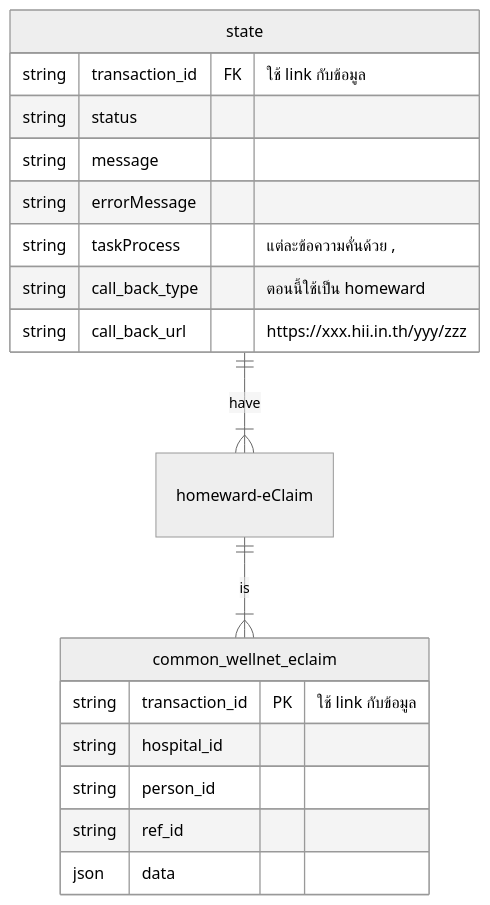
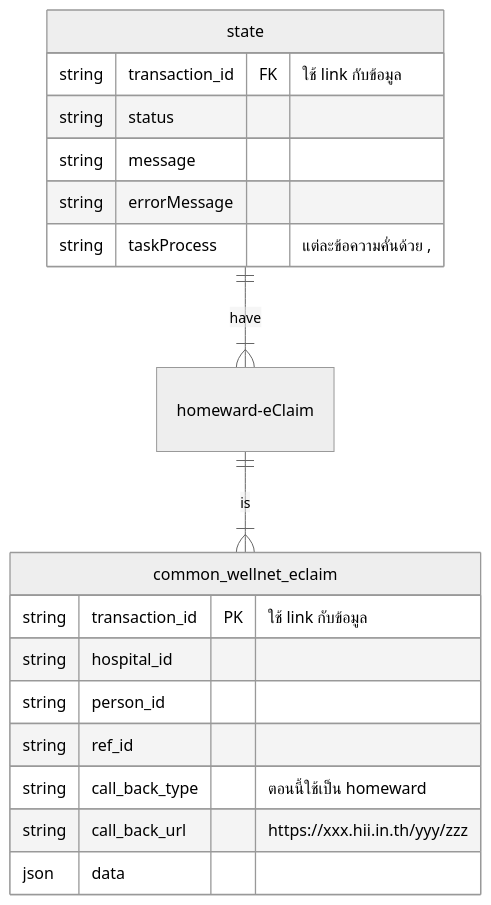
One commit to hii-in-th/16file_eclaim_design changed the third of 5 diagrams in README.MD. Above: the diagram before and after it, drawn with Mermaid (neutral theme). The commit also changed other lines of this file, not shown here.

Commit message:
change call back

````diff
--- a/README.MD
+++ b/README.MD
@@ -58,23 +58,23 @@
 ```mermaid
 erDiagram
     homeward-eClaim ||--|{ common_wellnet_eclaim : "is"
     state ||--|{ homeward-eClaim : "have"
     common_wellnet_eclaim {
         string transaction_id PK "ใช้ link กับข้อมูล"
         string hospital_id
         string person_id
         string ref_id
+        string call_back_type "ตอนนี้ใช้เป็น homeward"
+        string call_back_url "https://xxx.hii.in.th/yyy/zzz"
         json data
     }
     state {
         string transaction_id FK "ใช้ link กับข้อมูล"
         string status
         string message
         string errorMessage
         string taskProcess "แต่ละข้อความคั่นด้วย ,"
-        string call_back_type "ตอนนี้ใช้เป็น homeward"
-        string call_back_url "https://xxx.hii.in.th/yyy/zzz"
     }
 
 
 ```
````
